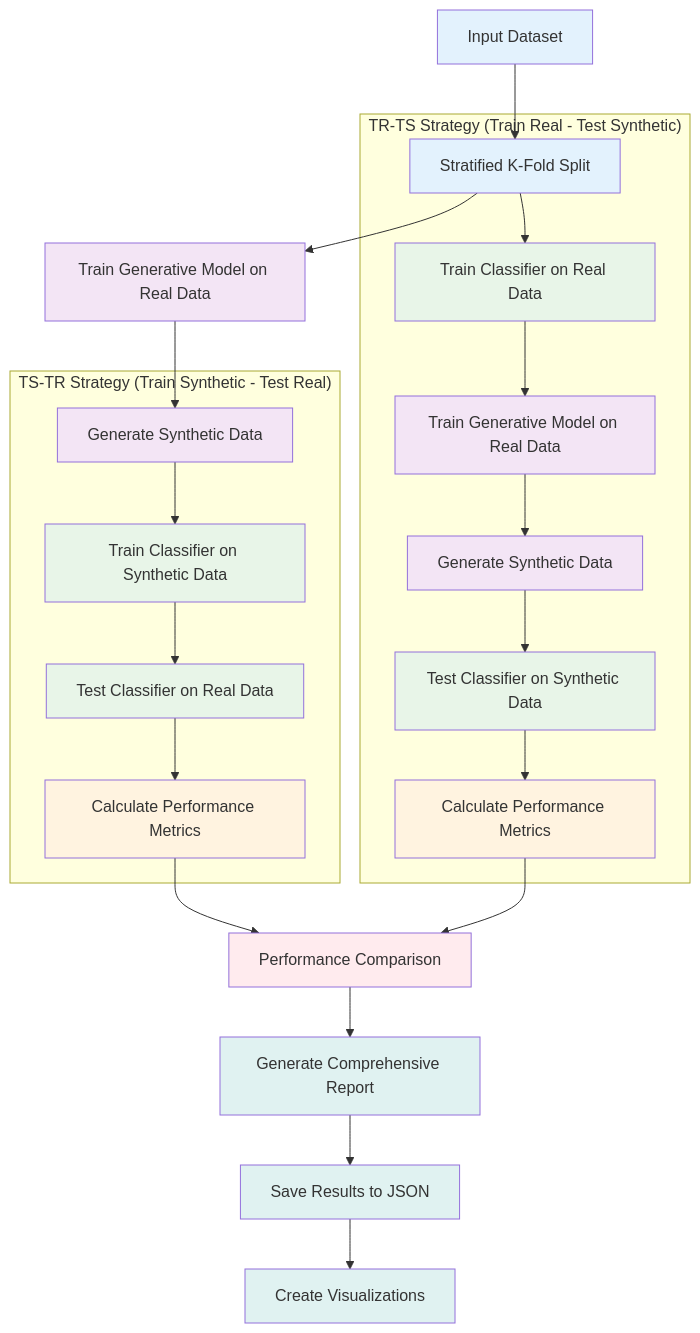
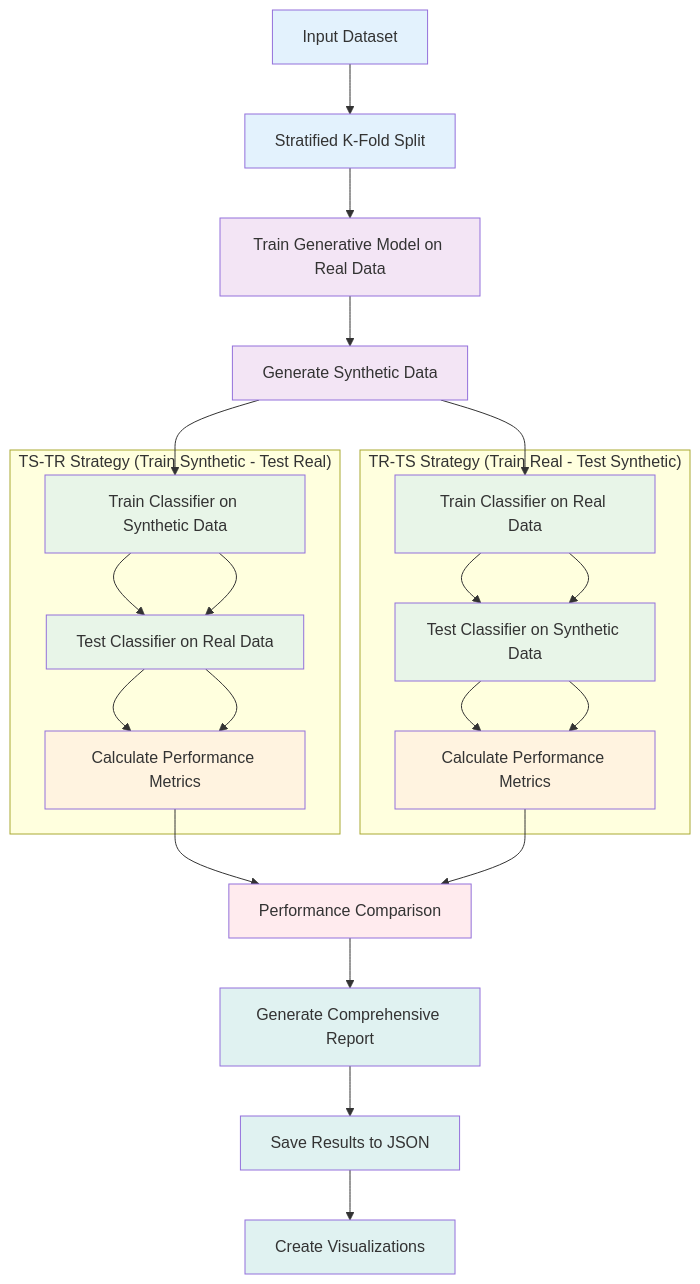
Before and after one commit to kayua/SynDataGen: the diagram in Docs/Diagrams/03_evaluation_strategy.md, drawn with Mermaid.

````diff
--- a/Docs/Diagrams/03_evaluation_strategy.md
+++ b/Docs/Diagrams/03_evaluation_strategy.md
@@ -5,42 +5,45 @@
 ```mermaid
 flowchart TD
     A[Input Dataset] --> B[Stratified K-Fold Split]
-        B --> C1[Train Generative Model on Real Data]
-        C1 --> D1[Generate Synthetic Data]
+    B --> C[Train Generative Model on Real Data]
+    C --> D[Generate Synthetic Data]
+    
+    D --> E1[Train Classifier on Synthetic Data]
+    E1 --> F1[Test Classifier on Real Data]
+    F1 --> G1[Calculate Performance Metrics]
+    
+    D --> E2[Train Classifier on Real Data]
+    E2 --> F2[Test Classifier on Synthetic Data]
+    F2 --> G2[Calculate Performance Metrics]
+    
     subgraph "TS-TR Strategy (Train Synthetic - Test Real)"
-        D1 --> E1[Train Classifier on Synthetic Data]
-        E1 --> F1[Test Classifier on Real Data]
-        F1 --> G1[Calculate Performance Metrics]
+        E1 --> F1 --> G1
     end
     
     subgraph "TR-TS Strategy (Train Real - Test Synthetic)"
-        B --> C2[Train Classifier on Real Data]
-        C2 --> D2[Train Generative Model on Real Data]
-        D2 --> E2[Generate Synthetic Data]
-        E2 --> F2[Test Classifier on Synthetic Data]
-        F2 --> G2[Calculate Performance Metrics]
+        E2 --> F2 --> G2
     end
     
     G1 --> H[Performance Comparison]
     G2 --> H
     H --> I[Generate Comprehensive Report]
     I --> J[Save Results to JSON]
     J --> K[Create Visualizations]
     
     style A fill:#e3f2fd
     style B fill:#e3f2fd
-    style C1 fill:#f3e5f5
-    style D1 fill:#f3e5f5
+    style C fill:#f3e5f5
+    style D fill:#f3e5f5
     style E1 fill:#e8f5e8
     style F1 fill:#e8f5e8
     style G1 fill:#fff3e0
-    style C2 fill:#e8f5e8
-    style D2 fill:#f3e5f5
-    style E2 fill:#f3e5f5
+    style E2 fill:#e8f5e8
     style F2 fill:#e8f5e8
     style G2 fill:#fff3e0
     style H fill:#ffebee
     style I fill:#e0f2f1
     style J fill:#e0f2f1
     style K fill:#e0f2f1
+
+
 ```
````
